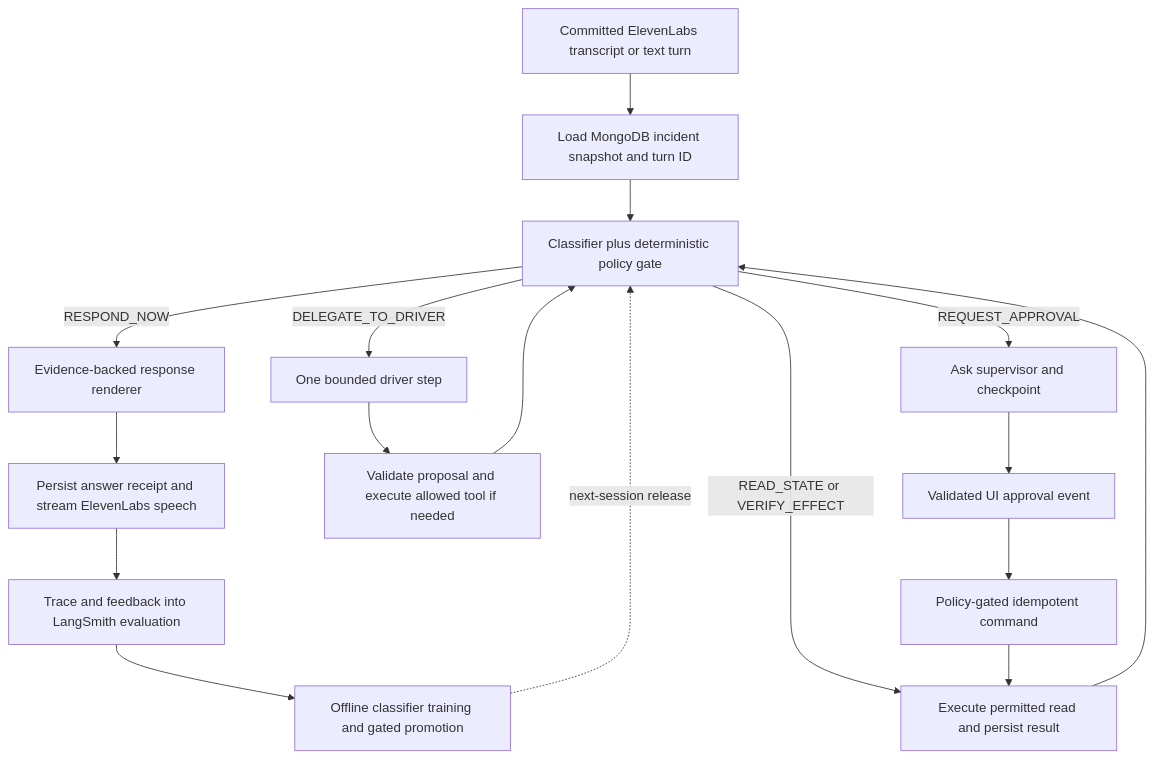
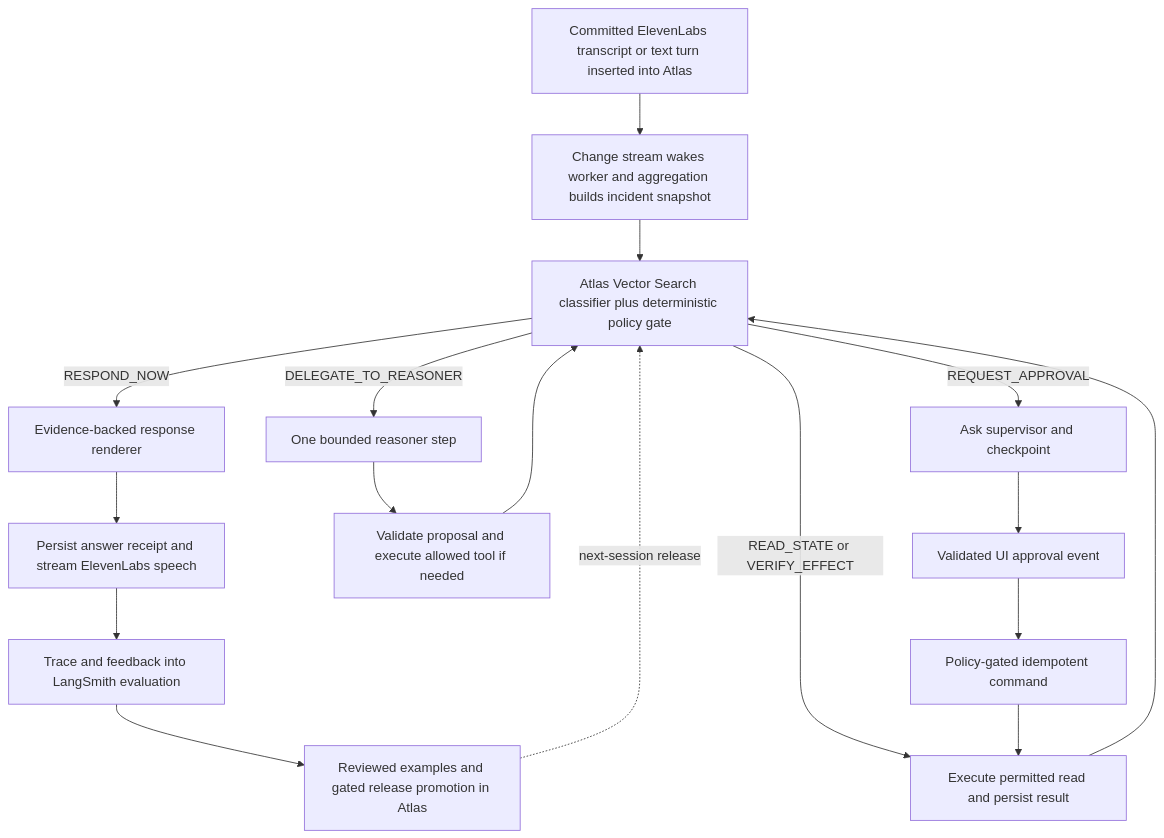
One commit to WagerWarrior/GoMon changed the diagram in spec.md. Above: the diagram before and after it, drawn with Mermaid. The commit also changed other lines of this file and 1 other file, not shown here.

First line of the commit message:
docs: propose MongoDB-driven loop, Atlas rules, and Vector Search classifier

````diff
--- a/spec.md
+++ b/spec.md
@@ -53,19 +142,19 @@
 ```mermaid
 flowchart TD
-    A[Committed ElevenLabs transcript or text turn] --> B[Load MongoDB incident snapshot and turn ID]
-    B --> C[Classifier plus deterministic policy gate]
+    A[Committed ElevenLabs transcript or text turn inserted into Atlas] --> B[Change stream wakes worker and aggregation builds incident snapshot]
+    B --> C[Atlas Vector Search classifier plus deterministic policy gate]
     C -->|RESPOND_NOW| D[Evidence-backed response renderer]
     C -->|READ_STATE or VERIFY_EFFECT| E[Execute permitted read and persist result]
     E --> C
     C -->|REQUEST_APPROVAL| F[Ask supervisor and checkpoint]
     F --> G[Validated UI approval event]
     G --> H[Policy-gated idempotent command]
     H --> E
-    C -->|DELEGATE_TO_DRIVER| I[One bounded driver step]
+    C -->|DELEGATE_TO_REASONER| I[One bounded reasoner step]
     I --> J[Validate proposal and execute allowed tool if needed]
     J --> C
     D --> K[Persist answer receipt and stream ElevenLabs speech]
     K --> L[Trace and feedback into LangSmith evaluation]
-    L --> M[Offline classifier training and gated promotion]
+    L --> M[Reviewed examples and gated release promotion in Atlas]
     M -. next-session release .-> C
 ```
````
